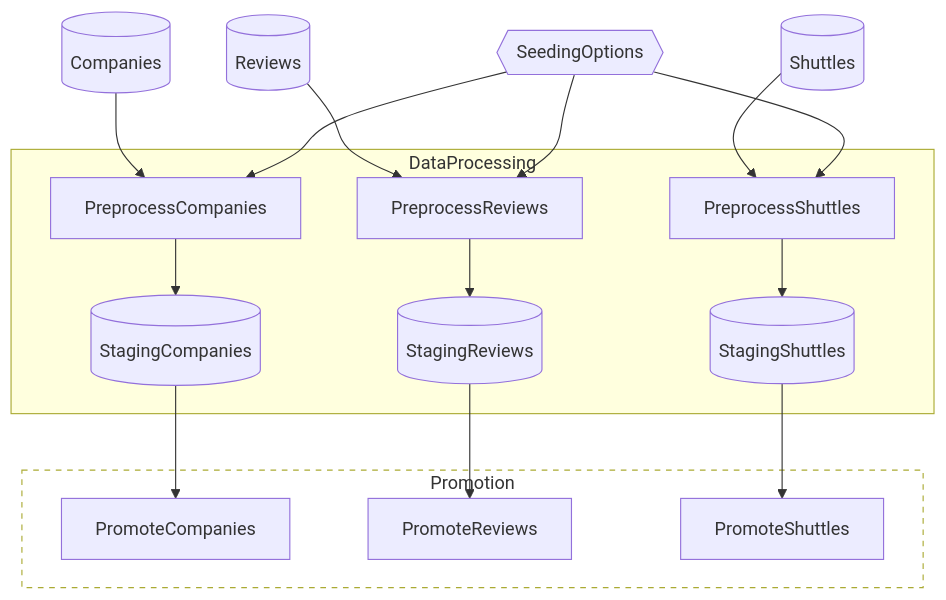
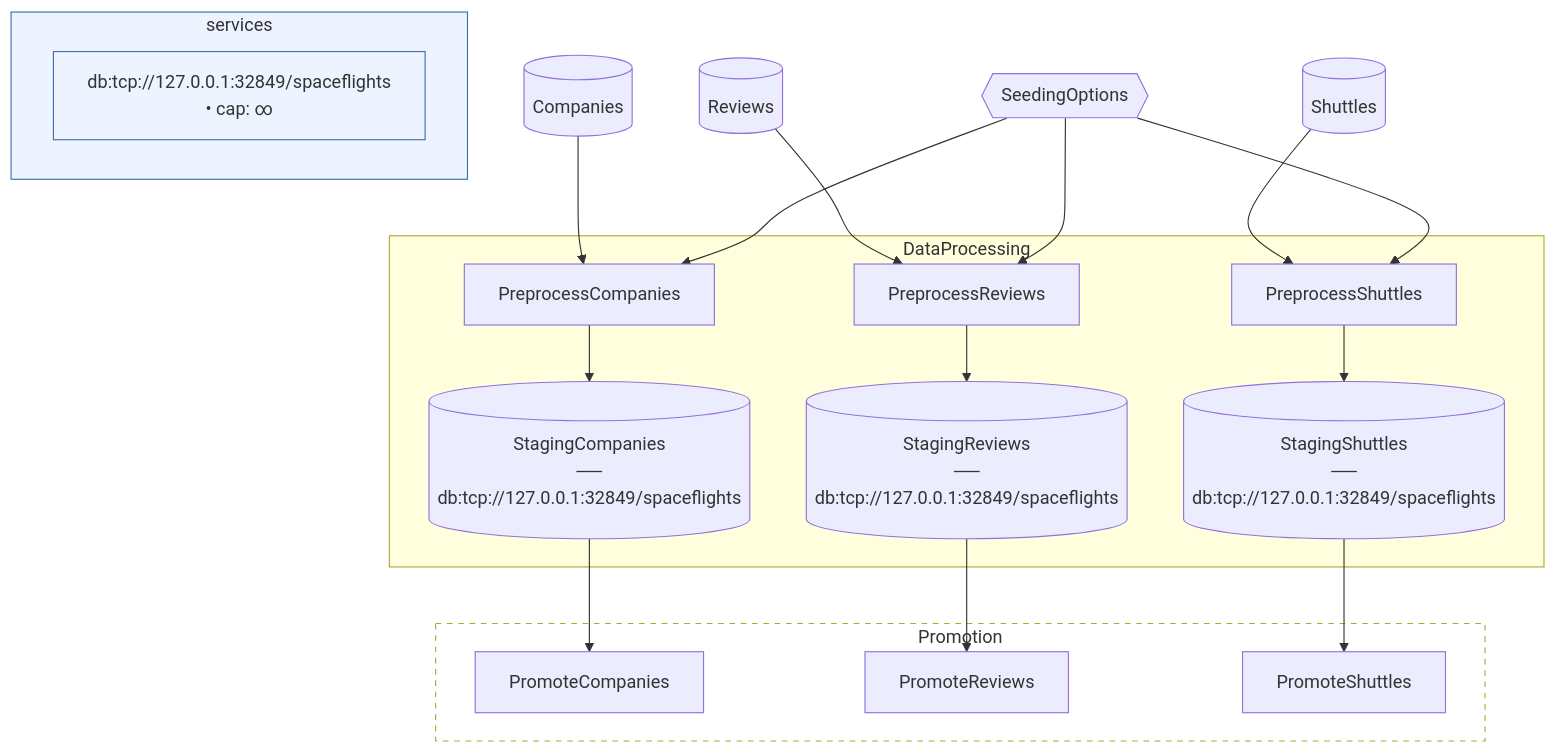
The first of 4 diagrams in examples/advanced/SpaceflightsStagingSchema/README.md (chaoticgoodcomputing/flowthru), drawn with Mermaid before and after one commit. The commit also changed other lines of this file and 18 other files, not shown here.

````diff
--- a/examples/advanced/SpaceflightsStagingSchema/README.md
+++ b/examples/advanced/SpaceflightsStagingSchema/README.md
@@ -46,41 +46,49 @@
 ```mermaid
 flowchart TB
 
     %% External Data Inputs
     Companies[("Companies")]
     Reviews[("Reviews")]
     SeedingOptions{{"SeedingOptions"}}
     Shuttles[("Shuttles")]
 
     subgraph DataProcessing["DataProcessing"]
         PreprocessCompanies["PreprocessCompanies"]
-        StagingCompanies[("StagingCompanies")]
+        StagingCompanies[("StagingCompanies<br>──<br>db:tcp://127.0.0.1:32849/spaceflights")]
         PreprocessShuttles["PreprocessShuttles"]
-        StagingShuttles[("StagingShuttles")]
+        StagingShuttles[("StagingShuttles<br>──<br>db:tcp://127.0.0.1:32849/spaceflights")]
         PreprocessReviews["PreprocessReviews"]
-        StagingReviews[("StagingReviews")]
+        StagingReviews[("StagingReviews<br>──<br>db:tcp://127.0.0.1:32849/spaceflights")]
     end
+
+    %% Service legend
+    subgraph service_legend["services"]
+        svc_efcore_Npgsql_EntityFrameworkCore_PostgreSQL_tcp___127_0_0_1_32849_spaceflights["db:tcp://127.0.0.1:32849/spaceflights<br>• cap: ∞"]
+    end
+    style service_legend fill:#EEF4FF,stroke:#3B6FB0
+    classDef serviceNode fill:#EEF4FF,stroke:#3B6FB0
+    class svc_efcore_Npgsql_EntityFrameworkCore_PostgreSQL_tcp___127_0_0_1_32849_spaceflights serviceNode
 
     subgraph Promotion_ds["Promotion"]
         PromoteCompanies["PromoteCompanies"]
         PromoteReviews["PromoteReviews"]
         PromoteShuttles["PromoteShuttles"]
     end
 
     %% Edges
     Companies --> PreprocessCompanies
     SeedingOptions --> PreprocessCompanies
     PreprocessCompanies --> StagingCompanies
     Shuttles --> PreprocessShuttles
     SeedingOptions --> PreprocessShuttles
     PreprocessShuttles --> StagingShuttles
     Reviews --> PreprocessReviews
     SeedingOptions --> PreprocessReviews
     PreprocessReviews --> StagingReviews
     StagingCompanies --> PromoteCompanies
     StagingReviews --> PromoteReviews
     StagingShuttles --> PromoteShuttles
 
     classDef collapsed stroke-dasharray:5 5,fill:transparent
     class Promotion_ds collapsed
 ```
````
